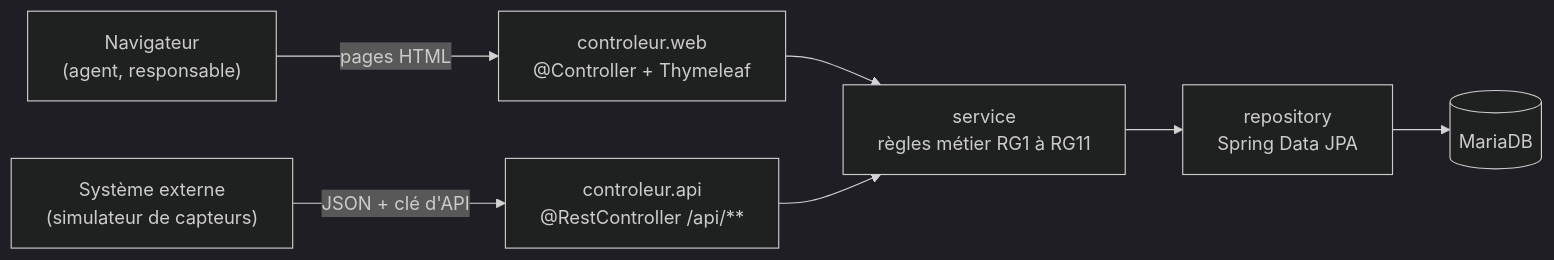
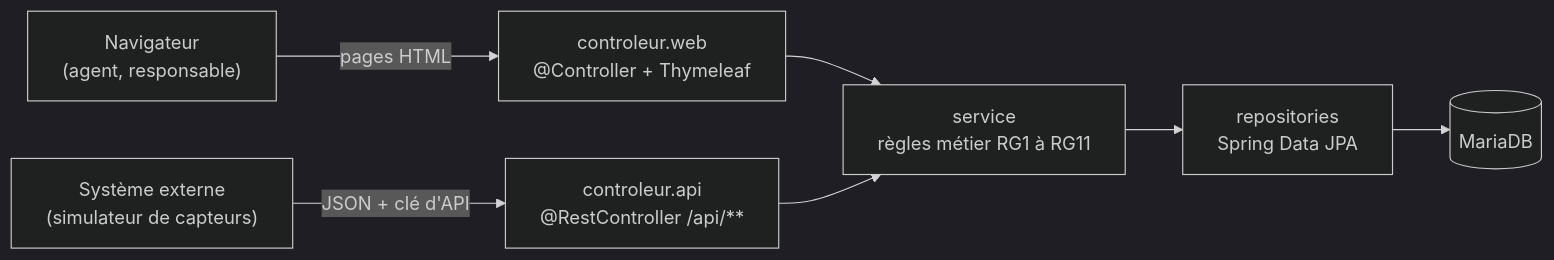
One commit to ibrahimghellab/Downlyzer changed the first of 2 diagrams in journal.md. Above: the diagram before and after it, drawn with Mermaid (dark theme). The commit also changed other lines of this file, not shown here.

````diff
--- a/journal.md
+++ b/journal.md
@@ -82,9 +94,9 @@
 ```mermaid
 flowchart LR
     Navigateur["Navigateur<br/>(agent, responsable)"] -->|pages HTML| Web["controleur.web<br/>@Controller + Thymeleaf"]
     Externe["Système externe<br/>(simulateur de capteurs)"] -->|JSON + clé d'API| Api["controleur.api<br/>@RestController /api/**"]
     Web --> Service["service<br/>règles métier RG1 à RG11"]
     Api --> Service
-    Service --> Repository["repository<br/>Spring Data JPA"]
+    Service --> Repository["repositories<br/>Spring Data JPA"]
     Repository --> BDD[("MariaDB")]
 ```
````
